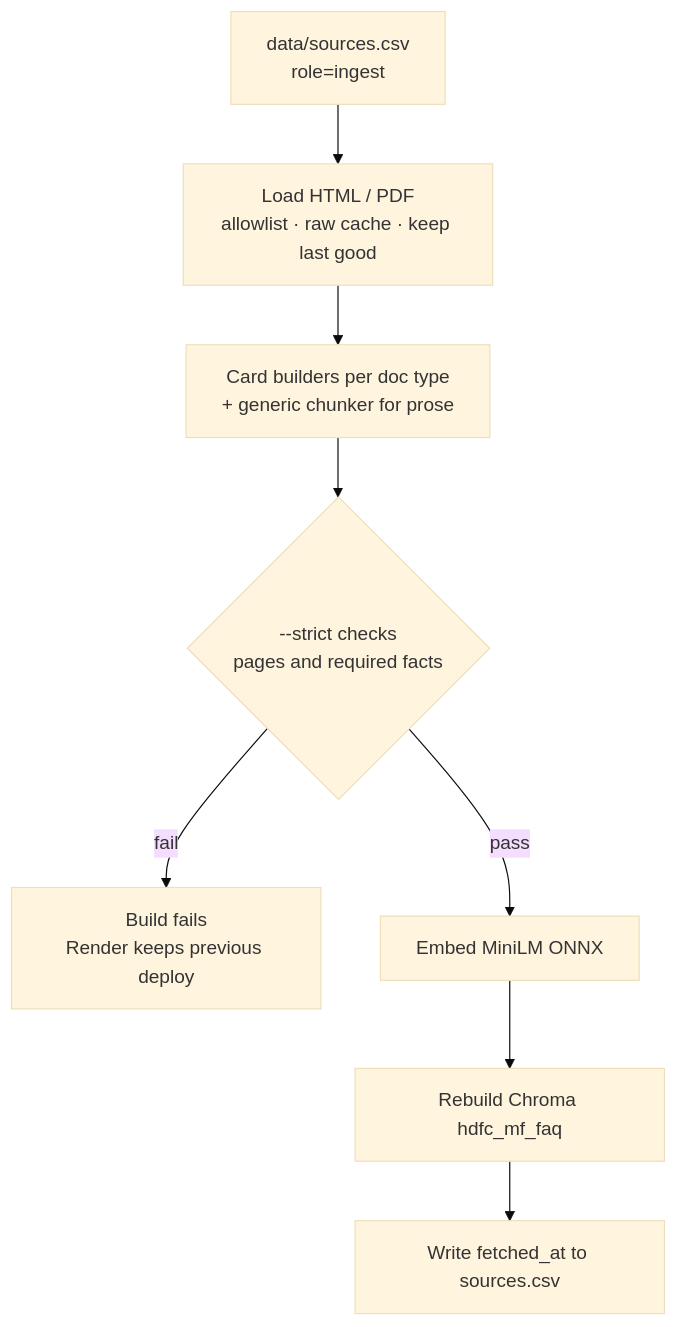
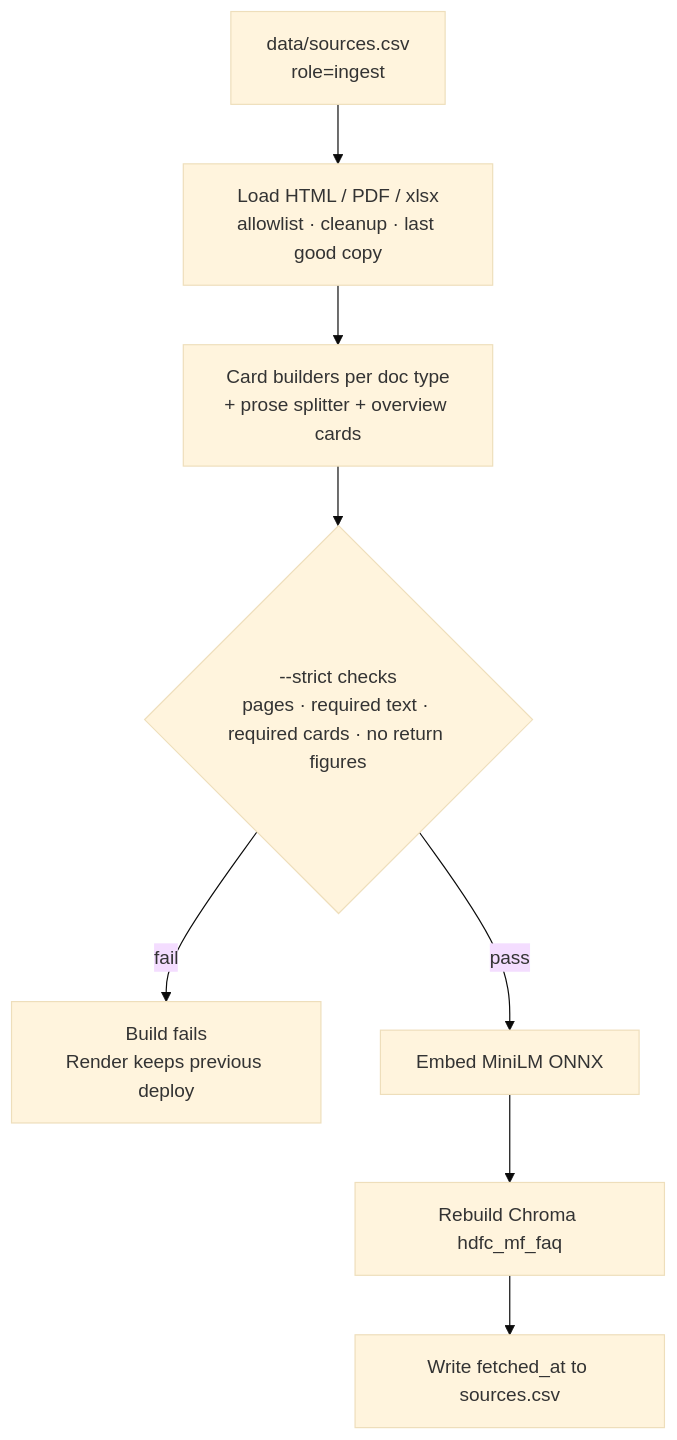
One commit to ngm76/HDFC-chatbot changed the second of 3 diagrams in docs/architecture.md. Above: the diagram before and after it, drawn with Mermaid (base theme). The commit also changed other lines of this file and 16 other files, not shown here.

Commit message:
Phases 20-21: 200-query golden set and evaluator, guard fixes it found, README, architecture v3, sample Q&A, eval notes

````diff
--- a/docs/architecture.md
+++ b/docs/architecture.md
@@ -98,10 +91,10 @@
 ```mermaid
 flowchart TD
-  A[data/sources.csv<br/>role=ingest] --> B[Load HTML / PDF<br/>allowlist · raw cache · keep last good]
-  B --> C[Card builders per doc type<br/>+ generic chunker for prose]
-  C --> D{--strict checks<br/>pages and required facts}
+  A[data/sources.csv<br/>role=ingest] --> B[Load HTML / PDF / xlsx<br/>allowlist · cleanup · last good copy]
+  B --> C[Card builders per doc type<br/>+ prose splitter + overview cards]
+  C --> D{--strict checks<br/>pages · required text · required cards · no return figures}
   D -- fail --> X[Build fails<br/>Render keeps previous deploy]
   D -- pass --> E[Embed MiniLM ONNX]
   E --> F[Rebuild Chroma hdfc_mf_faq]
   F --> G[Write fetched_at to sources.csv]
 ```
````
